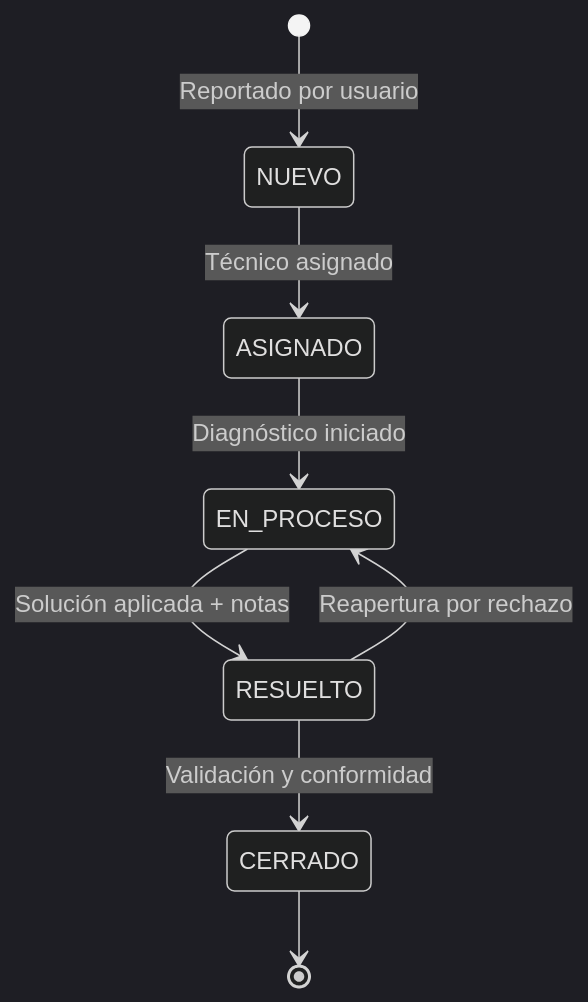
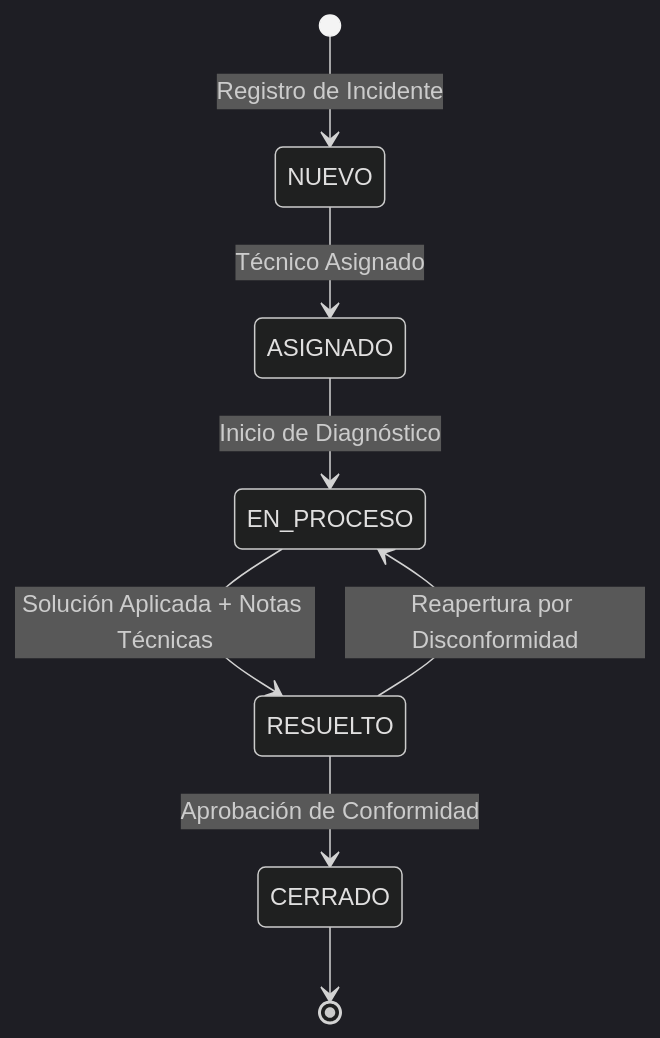
One commit to jgalindos2-web/incident-hub changed the fourth of 4 diagrams in docs/arquitectura.md. Above: the diagram before and after it, drawn with Mermaid (dark theme). The commit also changed other lines of this file and 18 other files, not shown here.

````diff
--- a/docs/arquitectura.md
+++ b/docs/arquitectura.md
@@ -86,10 +161,10 @@
 ```mermaid
 stateDiagram-v2
-    [*] --> NUEVO : Reportado por usuario
-    NUEVO --> ASIGNADO : Técnico asignado
-    ASIGNADO --> EN_PROCESO : Diagnóstico iniciado
-    EN_PROCESO --> RESUELTO : Solución aplicada + notas
-    RESUELTO --> CERRADO : Validación y conformidad
-    RESUELTO --> EN_PROCESO : Reapertura por rechazo
+    [*] --> NUEVO : Registro de Incidente
+    NUEVO --> ASIGNADO : Técnico Asignado
+    ASIGNADO --> EN_PROCESO : Inicio de Diagnóstico
+    EN_PROCESO --> RESUELTO : Solución Aplicada + Notas Técnicas
+    RESUELTO --> CERRADO : Aprobación de Conformidad
+    RESUELTO --> EN_PROCESO : Reapertura por Disconformidad
     CERRADO --> [*]
 ```
````
